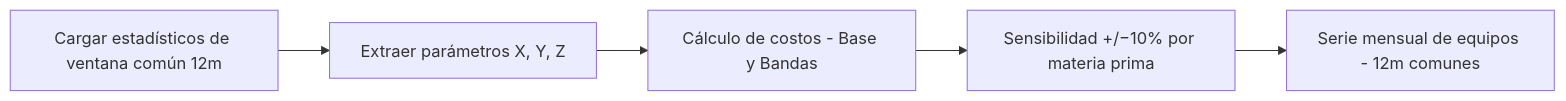
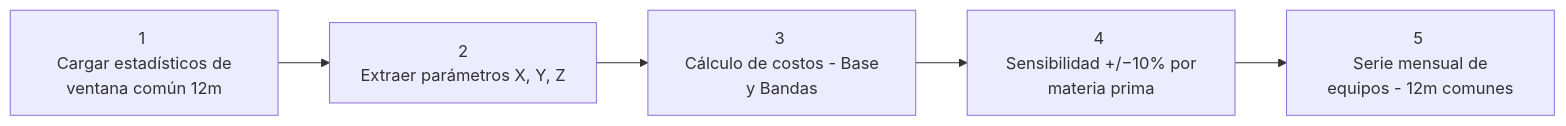
Before and after one commit to NaTHuber/equipment-cost-estimation: the fourth of 4 diagrams in docs/notes.md, drawn with Mermaid. The commit also changed other lines of this file, not shown here.

````diff
--- a/docs/notes.md
+++ b/docs/notes.md
@@ -93,7 +95,7 @@
 ```mermaid
     graph LR
-        A[Cargar estadísticos de ventana común 12m]-->B[Extraer parámetros X, Y, Z]
-        B-->C[Cálculo de costos - Base y Bandas]
-        C-->D[Sensibilidad +/−10% por materia prima]
-        D-->E[Serie mensual de equipos - 12m comunes]
+        A[1 <br> Cargar estadísticos de ventana común 12m]-->B[ 2 <br>Extraer parámetros X, Y, Z]
+        B-->C[ 3 <br> Cálculo de costos - Base y Bandas]
+        C-->D[ 4 <br> Sensibilidad +/−10% por materia prima]
+        D-->E[ 5 <br> Serie mensual de equipos - 12m comunes]
 ```
````
